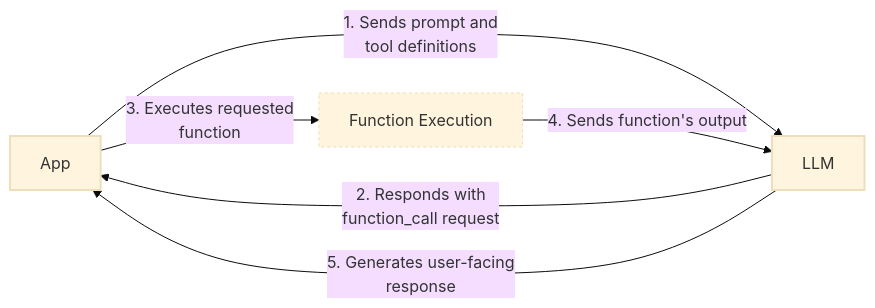
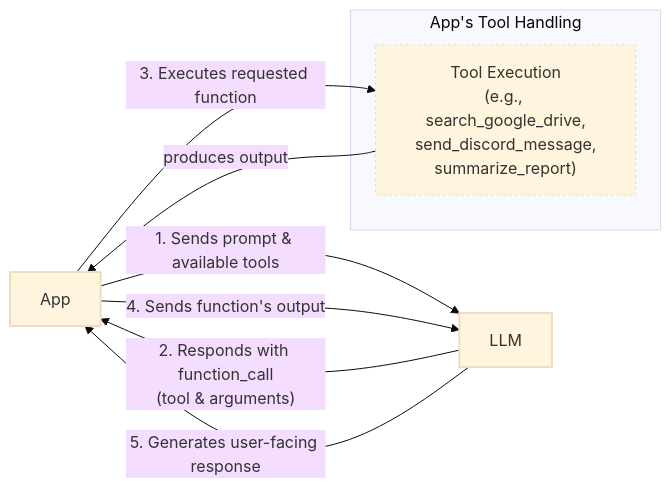
Before and after one commit to YMaXing/Research-Agent-reinforced-by-RL: the first of 3 diagrams in RL_researcher_writer_ymaxing/rl_training_data/noise_experiment/06_tools__var_standard__replicate1__preset5/article_001.md, drawn with Mermaid (base theme). The commit also changed other lines of this file and 4528 other files, not shown here.

````diff
--- a/RL_researcher_writer_ymaxing/rl_training_data/noise_experiment/06_tools__var_standard__replicate1__preset5/article_001.md
+++ b/RL_researcher_writer_ymaxing/rl_training_data/noise_experiment/06_tools__var_standard__replicate1__preset5/article_001.md
@@ -35,20 +36,25 @@
 ```mermaid
 flowchart LR
-  %% Main actors
+  %% Main Actors
   A["App"]
   L["LLM"]
-  FE["Function Execution"]
 
-  %% Flow steps
-  A -- "1. Sends prompt and<br/>tool definitions" --> L
-  L -- "2. Responds with<br/>function_call request" --> A
-  A -- "3. Executes requested<br/>function" --> FE
-  FE -- "4. Sends function's output" --> L
-  L -- "5. Generates user-facing<br/>response" --> A
+  %% Flow Steps
+  A -- "1. Sends prompt & available tools" --> L
+  L -- "2. Responds with function_call<br/>(tool & arguments)" --> A
+  
+  subgraph "App's Tool Handling"
+    TE["Tool Execution<br/>(e.g., search_google_drive,<br/>send_discord_message,<br/>summarize_report)"]
+  end
+
+  A -- "3. Executes requested function" --> TE
+  TE -- "produces output" --> A
+  A -- "4. Sends function's output" --> L
+  L -- "5. Generates user-facing response" --> A
 
   %% Visual grouping
   classDef actor stroke-width:2px
-  classDef process stroke-dasharray:3,3
+  classDef tool_process stroke-dasharray:3,3
   class A,L actor
-  class FE process
+  class TE tool_process
 ```
````
